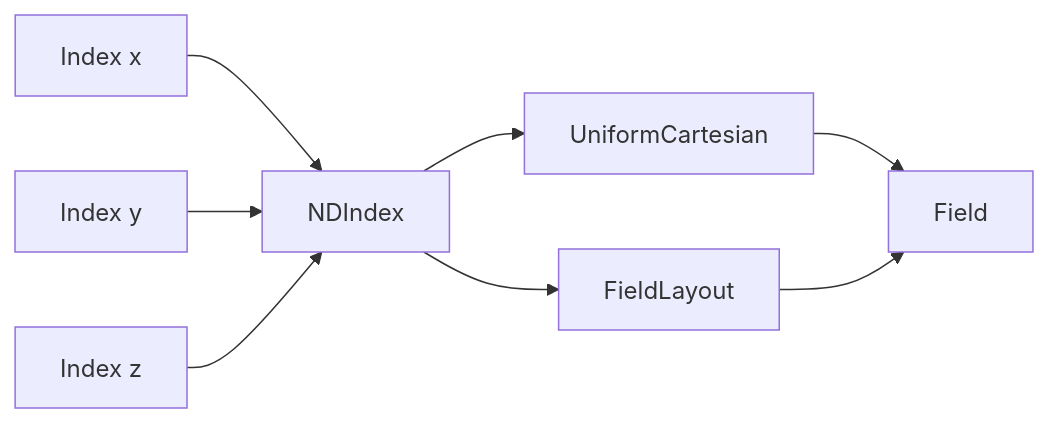
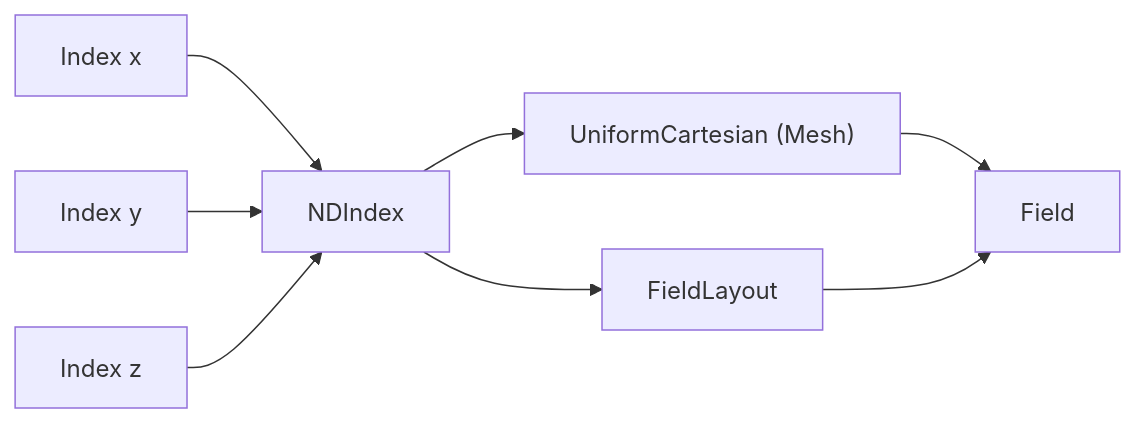
One commit to IPPL-framework/Manual changed the second of 2 diagrams in sections/core-concepts/index.qmd. Above: the diagram before and after it, drawn with Mermaid. The commit also changed other lines of this file, not shown here.

Commit message:
add mesh in core-concepts

````diff
--- a/sections/core-concepts/index.qmd
+++ b/sections/core-concepts/index.qmd
@@ -139,18 +143,18 @@
 ```{mermaid}
 flowchart LR
   Index0["Index x"]
   Index1["Index y"]
   Index2["Index z"]
   Domain["NDIndex<Dim>"]
-  Mesh["UniformCartesian<T, Dim>"]
+  Mesh["UniformCartesian<T, Dim> (Mesh)"]
   Layout["FieldLayout<Dim>"]
   Field["Field<T, Dim, Mesh, Centering>"]
 
   Index0 --> Domain
   Index1 --> Domain
   Index2 --> Domain
   Domain --> Mesh
   Domain --> Layout
   Mesh --> Field
   Layout --> Field
 ```
````
